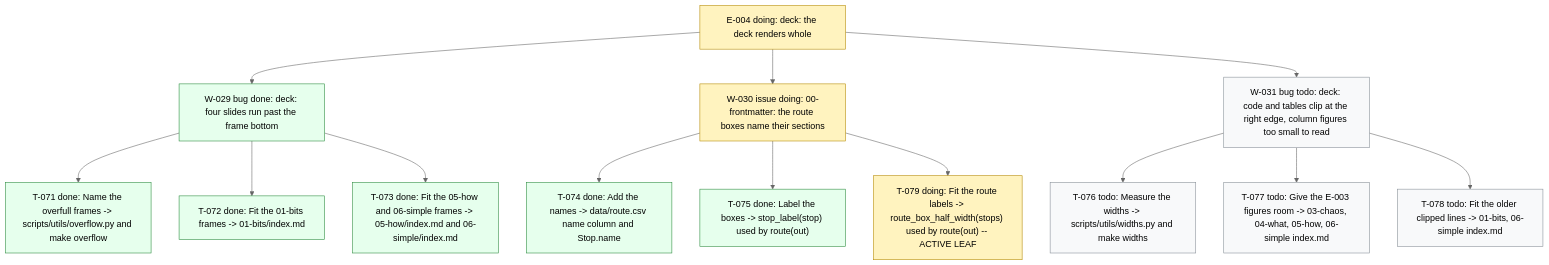
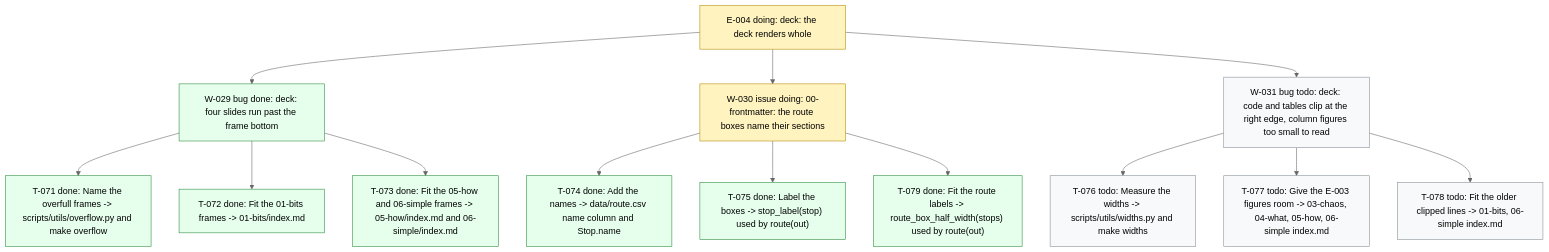
Before and after one commit to dpopchev/chaos-to-simple: the diagram in .board/BOARD.md, drawn with Mermaid (neutral theme). The commit also changed other lines of this file and 1 other file, not shown here.

Commit message:
chore(board): close T-079 -- W-030 ready to land
Refs: W-030 T-079

````diff
--- a/.board/BOARD.md
+++ b/.board/BOARD.md
@@ -193,24 +193,24 @@
 ```mermaid
 flowchart TD
   E004["E-004 doing: deck: the deck renders whole"]
   E004 --> W029["W-029 bug done: deck: four slides run past the frame bottom"]
   W029 --> T071["T-071 done: Name the overfull frames -> scripts/utils/overflow.py and make overflow"]
   W029 --> T072["T-072 done: Fit the 01-bits frames -> 01-bits/index.md"]
   W029 --> T073["T-073 done: Fit the 05-how and 06-simple frames -> 05-how/index.md and 06-simple/index.md"]
   E004 --> W030["W-030 issue doing: 00-frontmatter: the route boxes name their sections"]
   W030 --> T074["T-074 done: Add the names -> data/route.csv name column and Stop.name"]
   W030 --> T075["T-075 done: Label the boxes -> stop_label(stop) used by route(out)"]
-  W030 --> T079["T-079 doing: Fit the route labels -> route_box_half_width(stops) used by route(out) -- ACTIVE LEAF"]
+  W030 --> T079["T-079 done: Fit the route labels -> route_box_half_width(stops) used by route(out)"]
   E004 --> W031["W-031 bug todo: deck: code and tables clip at the right edge, column figures too small to read"]
   W031 --> T076["T-076 todo: Measure the widths -> scripts/utils/widths.py and make widths"]
   W031 --> T077["T-077 todo: Give the E-003 figures room -> 03-chaos, 04-what, 05-how, 06-simple index.md"]
   W031 --> T078["T-078 todo: Fit the older clipped lines -> 01-bits, 06-simple index.md"]
   classDef doing fill:#fff3bf,stroke:#b58900,color:#000;
   classDef blocked fill:#ffe3e3,stroke:#c92a2a,color:#000;
   classDef done fill:#e6ffed,stroke:#2b8a3e,color:#000;
   classDef todo fill:#f8f9fa,stroke:#868e96,color:#000;
   classDef pruned fill:#f1f3f5,stroke:#adb5bd,color:#000;
-  class E004,W030,T079 doing
-  class W029,T071,T072,T073,T074,T075 done
+  class E004,W030 doing
+  class W029,T071,T072,T073,T074,T075,T079 done
   class W031,T076,T077,T078 todo
 ```
````
